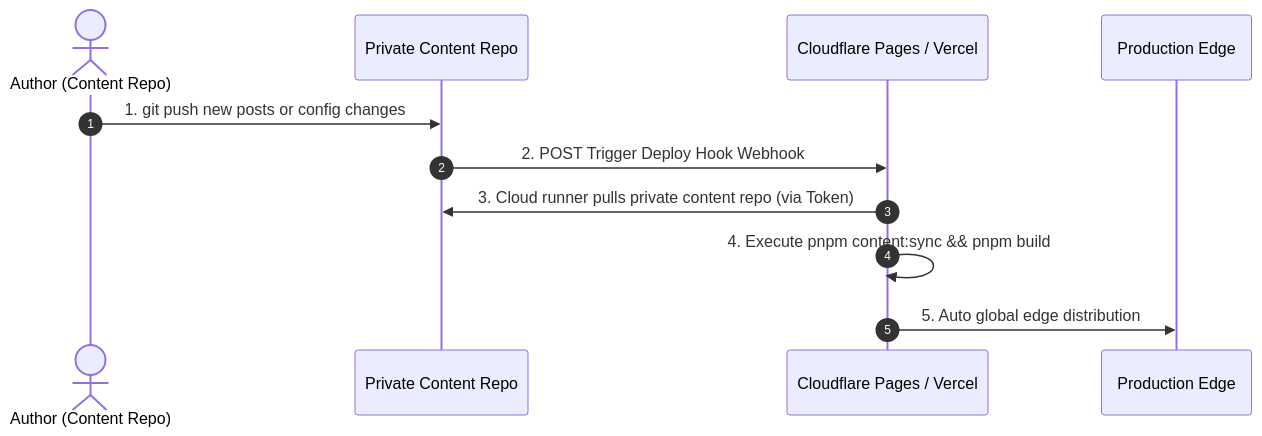
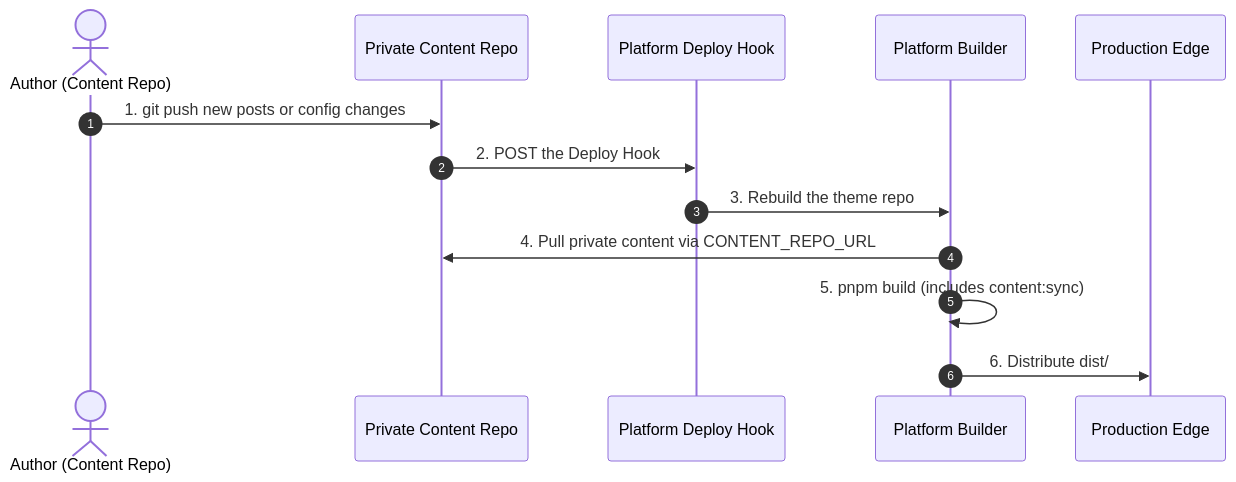
One commit to LyraVoid/Shirone-Docs changed the diagram in docs/en/guide/content-separation/deploy-hooks/README.md. Above: the diagram before and after it, drawn with Mermaid. The commit also changed other lines of this file and 3 other files, not shown here.

````diff
--- a/docs/en/guide/content-separation/deploy-hooks/README.md
+++ b/docs/en/guide/content-separation/deploy-hooks/README.md
@@ -11,14 +11,16 @@
 ```mermaid
 sequenceDiagram
     autonumber
     actor Author as Author (Content Repo)
     participant ContentRepo as Private Content Repo
-    participant Cloudflare as Cloudflare Pages / Vercel
+    participant Hook as Platform Deploy Hook
+    participant Builder as Platform Builder
     participant CDN as Production Edge
 
     Author->>ContentRepo: 1. git push new posts or config changes
-    ContentRepo->>Cloudflare: 2. POST Trigger Deploy Hook Webhook
-    Cloudflare->>ContentRepo: 3. Cloud runner pulls private content repo (via Token)
-    Cloudflare->>Cloudflare: 4. Execute pnpm content:sync && pnpm build
-    Cloudflare->>CDN: 5. Auto global edge distribution
+    ContentRepo->>Hook: 2. POST the Deploy Hook
+    Hook->>Builder: 3. Rebuild the theme repo
+    Builder->>ContentRepo: 4. Pull private content via CONTENT_REPO_URL
+    Builder->>Builder: 5. pnpm build (includes content:sync)
+    Builder->>CDN: 6. Distribute dist/
 ```
````
